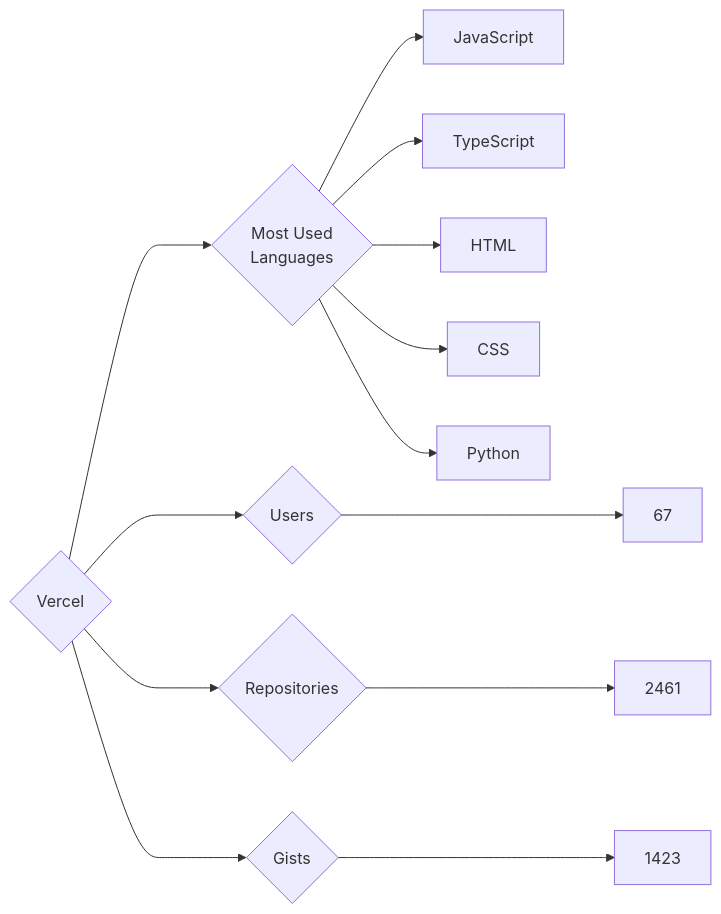
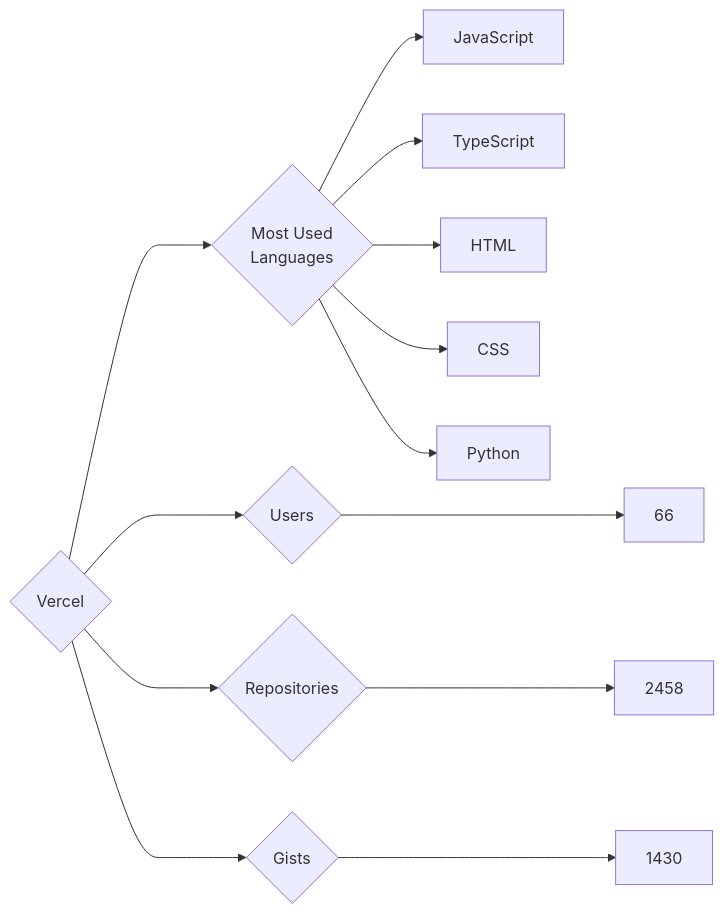
One commit to trickest/insiders changed the diagram in targets/Vercel/README.md. Above: the diagram before and after it, drawn with Mermaid. The commit also changed 829 other files, not shown here.

````diff
--- a/targets/Vercel/README.md
+++ b/targets/Vercel/README.md
@@ -3,13 +3,13 @@
 ```mermaid
 graph LR
 COMPANY_NAME{Vercel}
-COMPANY_NAME ---> U{Users} ---> UN[67]
-COMPANY_NAME ---> R{Repositories} ---> RN[2461]
-COMPANY_NAME ---> G{Gists} ---> GN[1423]
+COMPANY_NAME ---> U{Users} ---> UN[66]
+COMPANY_NAME ---> R{Repositories} ---> RN[2458]
+COMPANY_NAME ---> G{Gists} ---> GN[1430]
 COMPANY_NAME ---> ML{Most Used<br>Languages}
 ML --> JavaScript[JavaScript]
 ML --> TypeScript[TypeScript]
 ML --> HTML[HTML]
 ML --> CSS[CSS]
 ML --> Python[Python]
 ```
````
